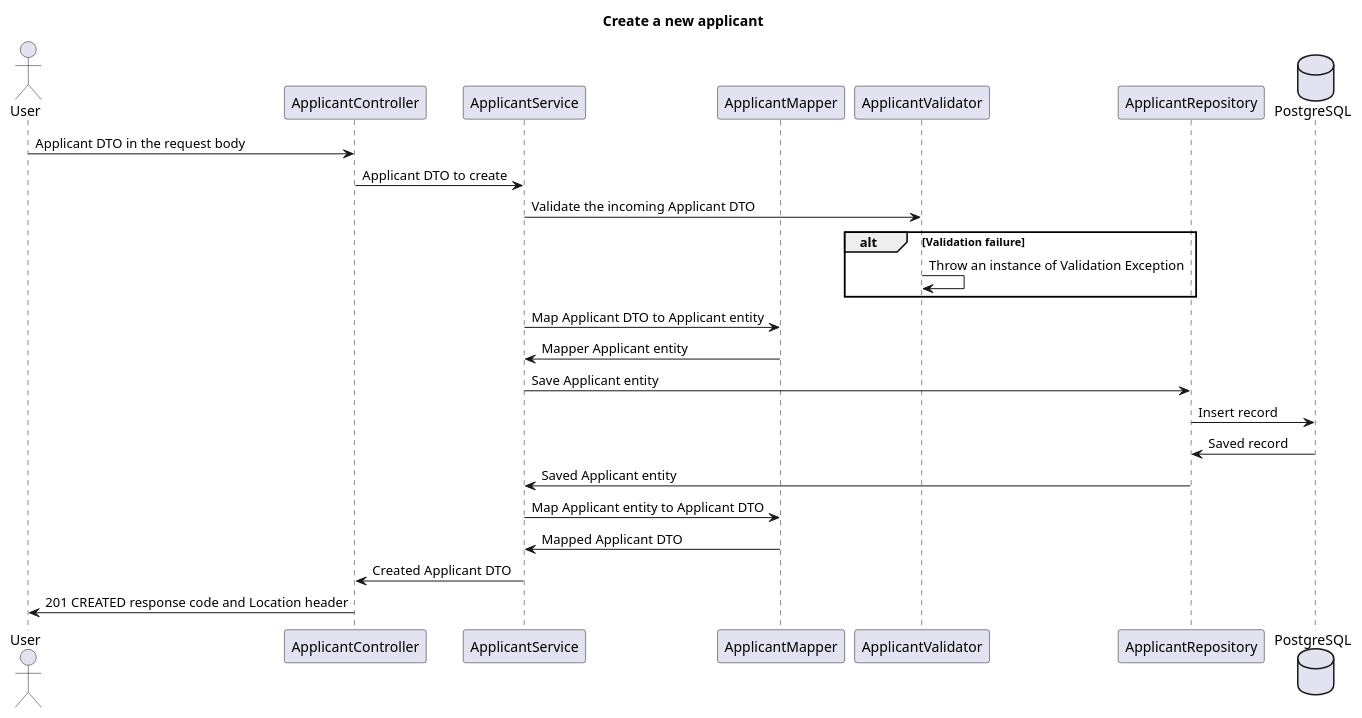
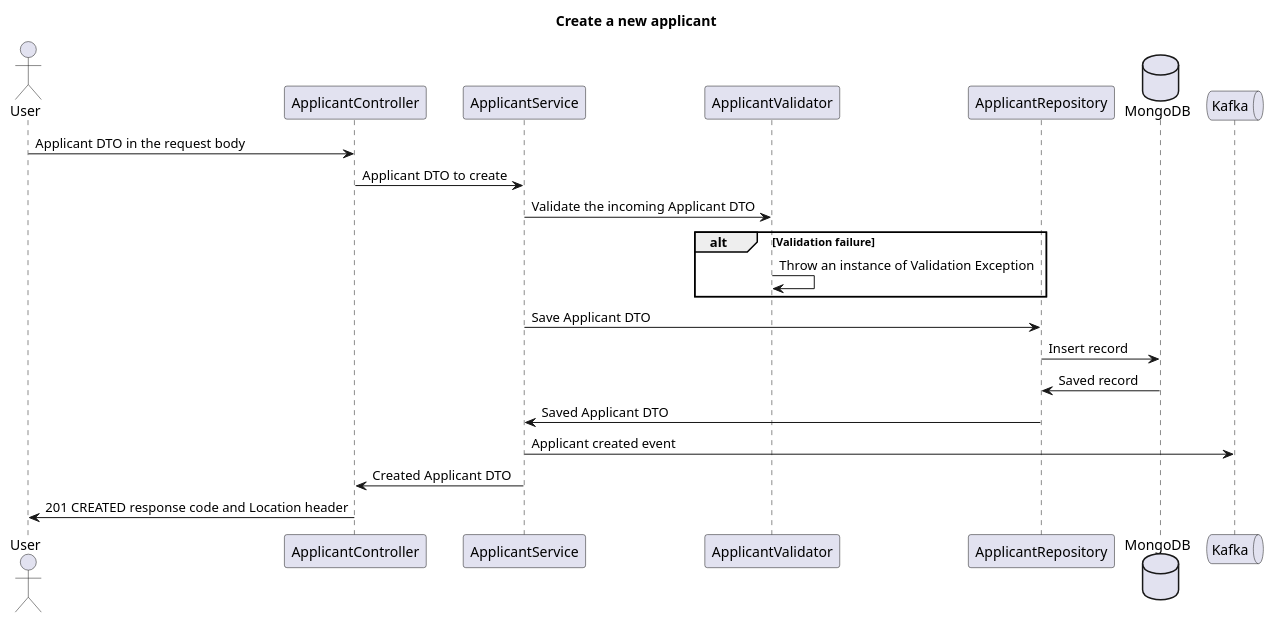
The diagram in Customer Service/As to be/New REST endpoints/05. applicants post new.puml (Aleksandr-Barmin/misc-diagrams), drawn with PlantUML before and after one commit. The commit also changed 7 other files, not shown here.

```diff
--- a/Customer Service/As to be/New REST endpoints/05. applicants post new.puml
+++ b/Customer Service/As to be/New REST endpoints/05. applicants post new.puml
@@ -1,33 +1,29 @@
 @startuml Create a new applicant
     title Create a new applicant
 
     actor User as user
     participant ApplicantController as applicantController
     participant ApplicantService as applicantService
-    participant ApplicantMapper as applicantMapper
     participant ApplicantValidator as applicantValidator
     participant ApplicantRepository as applicantRepository
-    database PostgreSQL as db
+    database MongoDB as db
+    queue Kafka as kafka
 
     user -> applicantController: Applicant DTO in the request body
         applicantController -> applicantService: Applicant DTO to create
 
             applicantService -> applicantValidator: Validate the incoming Applicant DTO
             alt Validation failure
                 applicantValidator -> applicantValidator: Throw an instance of Validation Exception
             end
 
-            applicantService -> applicantMapper: Map Applicant DTO to Applicant entity
-            applicantMapper -> applicantService: Mapper Applicant entity
-
-            applicantService -> applicantRepository: Save Applicant entity
+            applicantService -> applicantRepository: Save Applicant DTO
                 applicantRepository -> db: Insert record
                 db -> applicantRepository: Saved record
-            applicantRepository -> applicantService: Saved Applicant entity
+            applicantRepository -> applicantService: Saved Applicant DTO
 
-            applicantService -> applicantMapper: Map Applicant entity to Applicant DTO
-            applicantMapper -> applicantService: Mapped Applicant DTO
+            applicantService -> kafka: Applicant created event
 
         applicantService -> applicantController: Created Applicant DTO
     applicantController -> user: 201 CREATED response code and Location header
 @enduml
```
